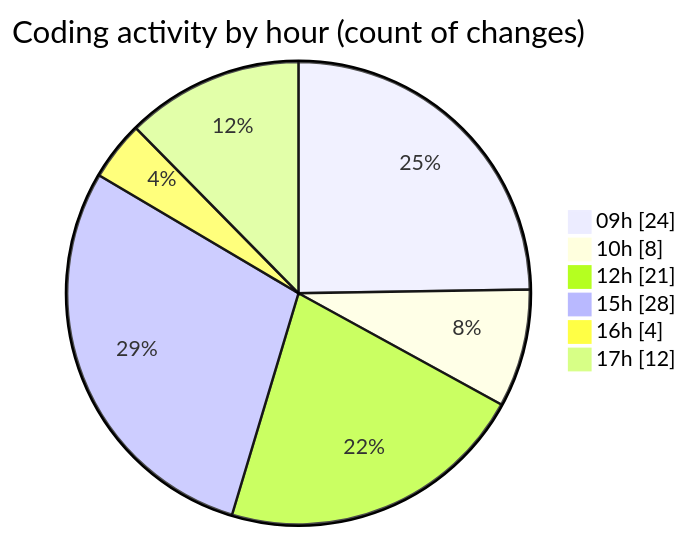
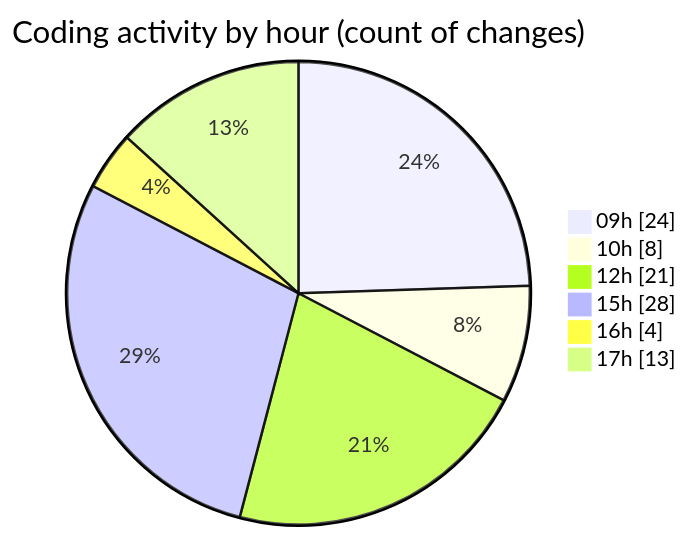
One commit to lephambinh05/code-tracking changed the second of 2 diagrams in 2025-08-18/rentotp/README.md. Above: the diagram before and after it, drawn with Mermaid. The commit also changed other lines of this file and 1 other file, not shown here.

````diff
--- a/2025-08-18/rentotp/README.md
+++ b/2025-08-18/rentotp/README.md
@@ -63,10 +63,10 @@
 ```mermaid
 pie showData
 title Coding activity by hour (count of changes)
 "09h" : 24
 "10h" : 8
 "12h" : 21
 "15h" : 28
 "16h" : 4
-"17h" : 12
+"17h" : 13
 ```
````
